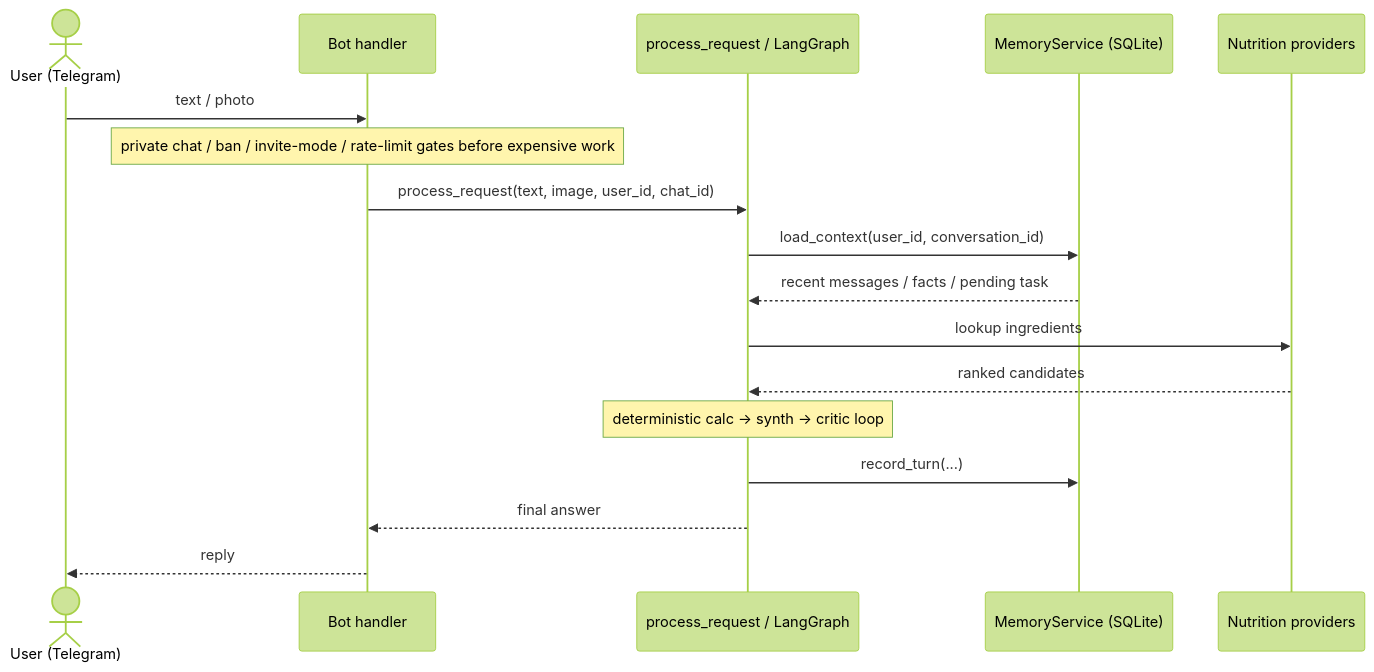
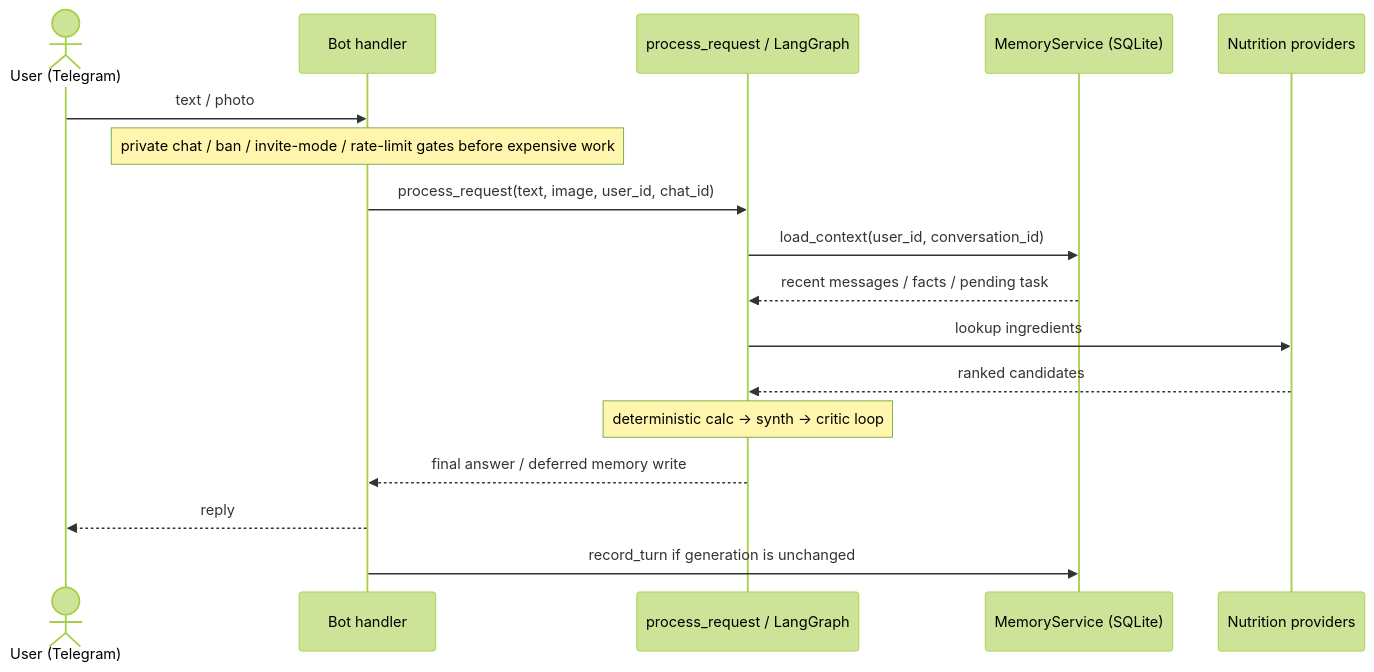
Before and after one commit to fomin-n/nutrition-agent: the second of 2 diagrams in README.md, drawn with Mermaid (forest theme). The commit also changed other lines of this file and 63 other files, not shown here.

````diff
--- a/README.md
+++ b/README.md
@@ -86,19 +86,19 @@
 ```mermaid
 sequenceDiagram
     actor U as User (Telegram)
     participant H as Bot handler
     participant G as process_request / LangGraph
     participant M as MemoryService (SQLite)
     participant P as Nutrition providers
     U->>H: text / photo
     Note over H: private chat / ban / invite-mode / rate-limit gates before expensive work
     H->>G: process_request(text, image, user_id, chat_id)
     G->>M: load_context(user_id, conversation_id)
     M-->>G: recent messages / facts / pending task
     G->>P: lookup ingredients
     P-->>G: ranked candidates
     Note over G: deterministic calc -> synth -> critic loop
-    G->>M: record_turn(...)
-    G-->>H: final answer
+    G-->>H: final answer / deferred memory write
     H-->>U: reply
+    H->>M: record_turn if generation is unchanged
 ```
````
